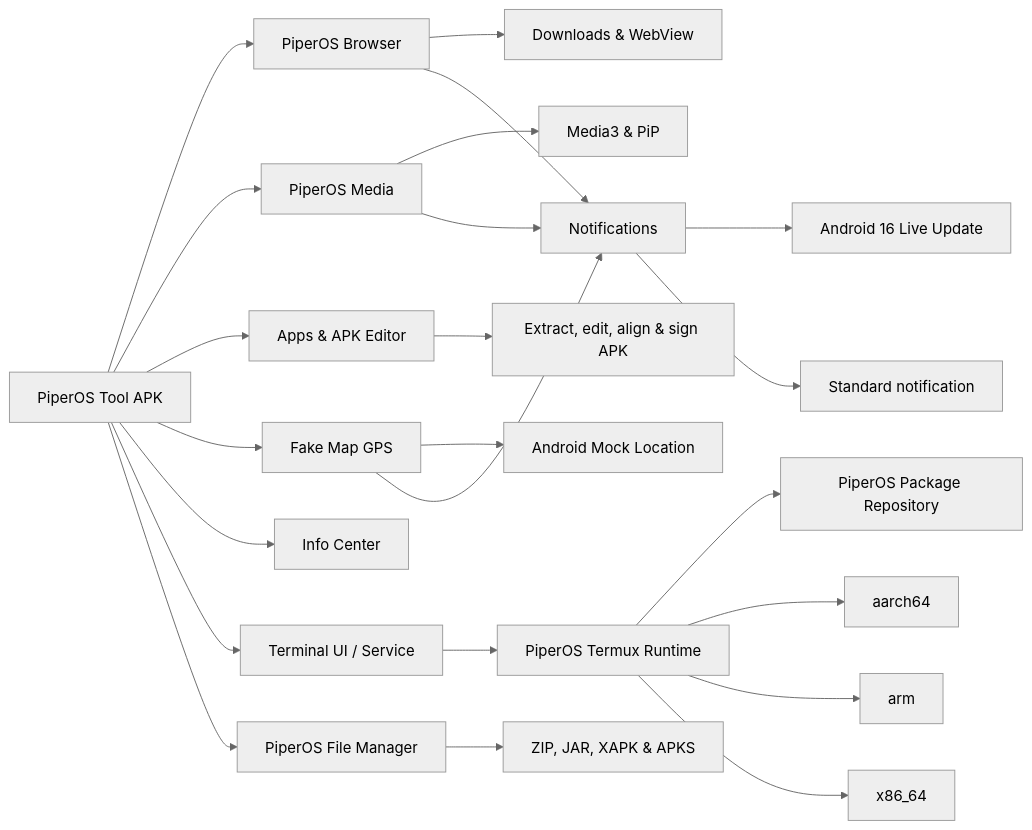
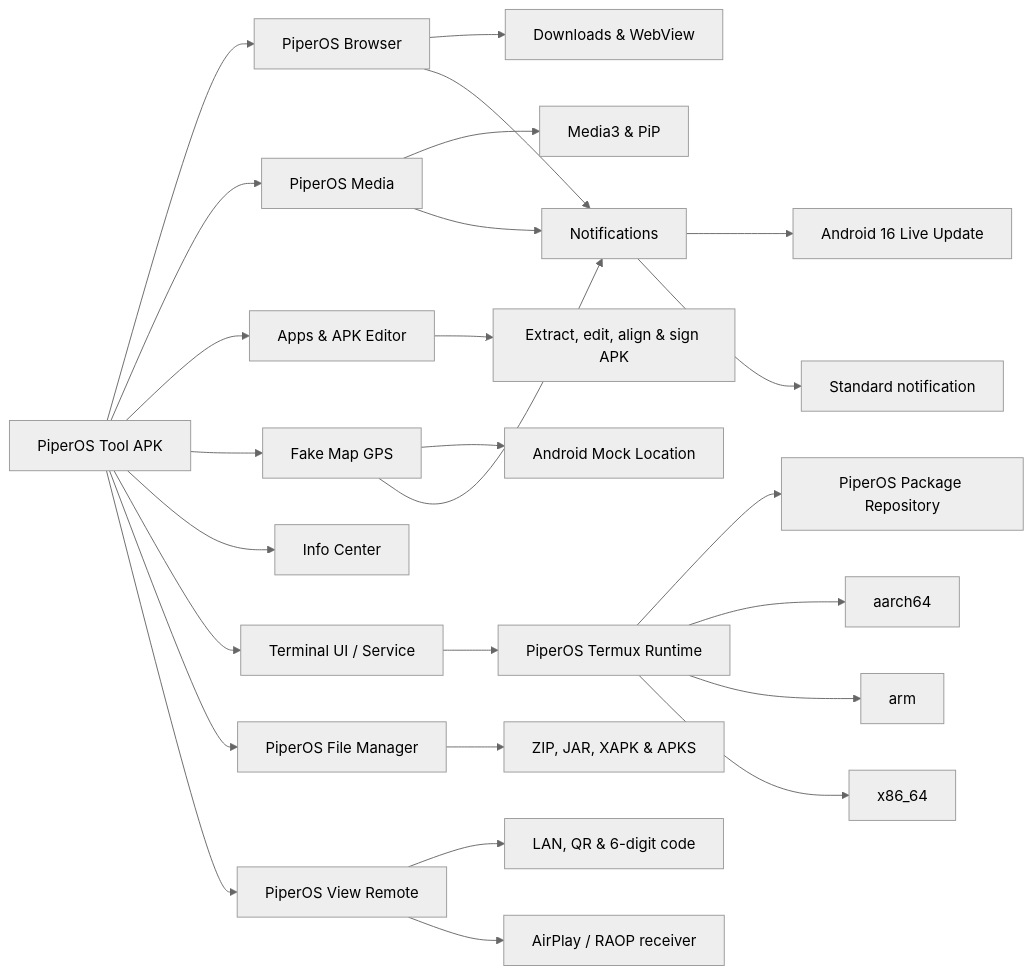
Before and after one commit to Phi574/PiperOSTool-Android: the diagram in README.md, drawn with Mermaid (neutral theme). The commit also changed other lines of this file and 1 other file, not shown here.

Commit message:
docs: document View Remote and Apple mirroring

````diff
--- a/README.md
+++ b/README.md
@@ -99,30 +110,33 @@
 ```mermaid
 flowchart LR
     A["PiperOS Tool APK"]
 
     A --> B["PiperOS Browser"]
     A --> C["PiperOS Media"]
     A --> D["Apps & APK Editor"]
     A --> E["Fake Map GPS"]
     A --> F["Info Center"]
     A --> G["Terminal UI / Service"]
     A --> S["PiperOS File Manager"]
+    A --> V["PiperOS View Remote"]
 
     B --> H["Downloads & WebView"]
     C --> I["Media3 & PiP"]
     E --> J["Android Mock Location"]
     D --> T["Extract, edit, align & sign APK"]
     S --> U["ZIP, JAR, XAPK & APKS"]
+    V --> W["LAN, QR & 6-digit code"]
+    V --> X["AirPlay / RAOP receiver"]
 
     B --> K["Notifications"]
     C --> K
     E --> K
     K --> L["Android 16 Live Update"]
     K --> M["Standard notification"]
 
     G --> N["PiperOS Termux Runtime"]
     N --> O["PiperOS Package Repository"]
     N --> P["aarch64"]
     N --> Q["arm"]
     N --> R["x86_64"]
 ```
````
